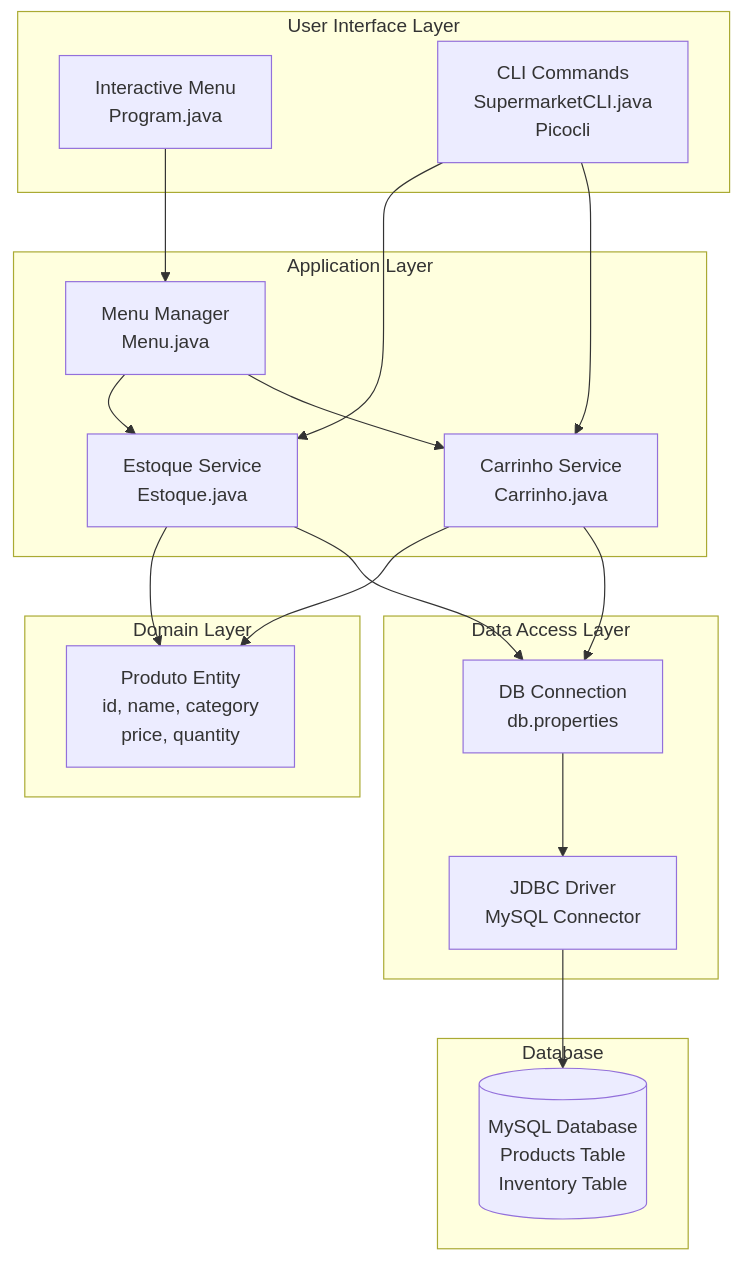
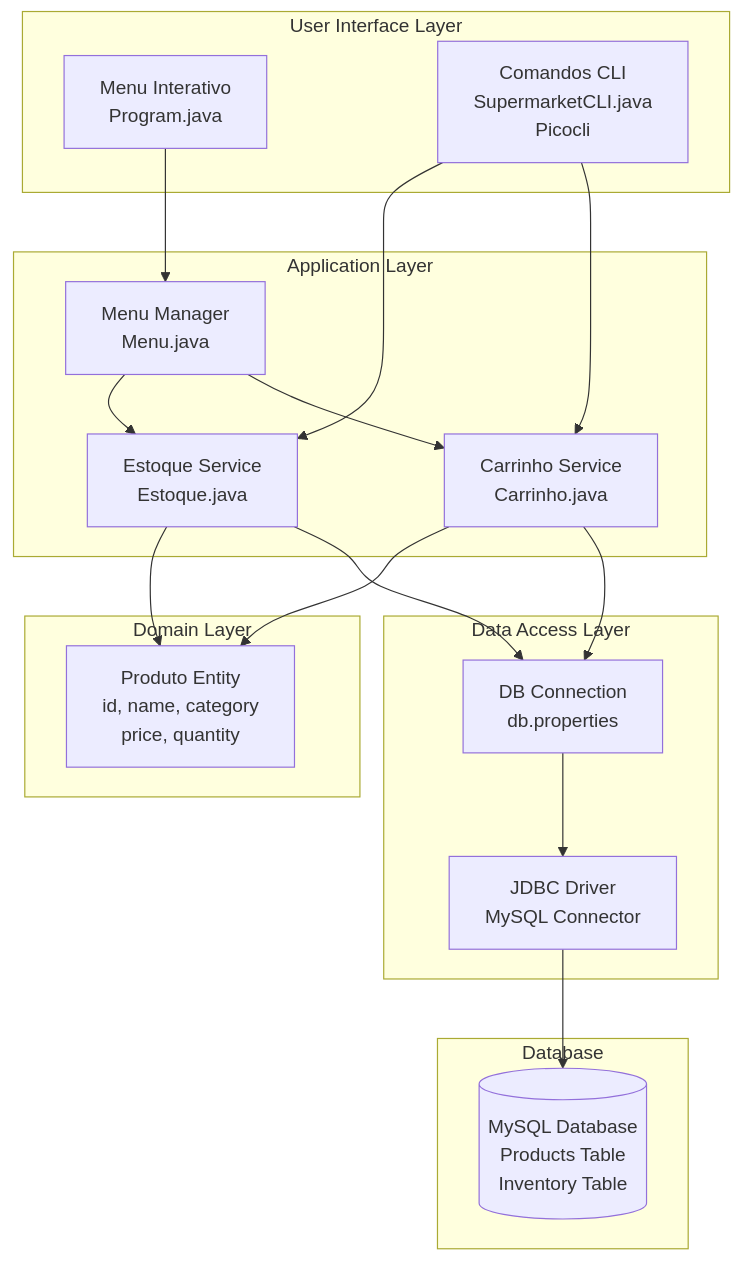
Before and after one commit to guilhermemarch/retail-sys-api: the first of 2 diagrams in README.md, drawn with Mermaid. The commit also changed other lines of this file, not shown here.

````diff
--- a/README.md
+++ b/README.md
@@ -75,41 +75,41 @@
 ```mermaid
 graph TB
     subgraph "User Interface Layer"
-        MenuUI[Interactive Menu<br/>Program.java]
-        CLI[CLI Commands<br/>SupermarketCLI.java<br/>Picocli]
+        MenuUI[Menu Interativo<br/>Program.java]
+        CLI[Comandos CLI<br/>SupermarketCLI.java<br/>Picocli]
     end
     
     subgraph "Application Layer"
         Menu[Menu Manager<br/>Menu.java]
         EstoqueService[Estoque Service<br/>Estoque.java]
         CarrinhoService[Carrinho Service<br/>Carrinho.java]
     end
     
     subgraph "Domain Layer"
         Produto[Produto Entity<br/>id, name, category<br/>price, quantity]
     end
     
     subgraph "Data Access Layer"
         DBConnection[DB Connection<br/>db.properties]
         JDBC[JDBC Driver<br/>MySQL Connector]
     end
     
     subgraph "Database"
         MySQL[(MySQL Database<br/>Products Table<br/>Inventory Table)]
     end
     
     MenuUI --> Menu
     CLI --> EstoqueService
     CLI --> CarrinhoService
     Menu --> EstoqueService
     Menu --> CarrinhoService
     
     EstoqueService --> Produto
     CarrinhoService --> Produto
     
     EstoqueService --> DBConnection
     CarrinhoService --> DBConnection
     
     DBConnection --> JDBC
     JDBC --> MySQL
 ```
````
